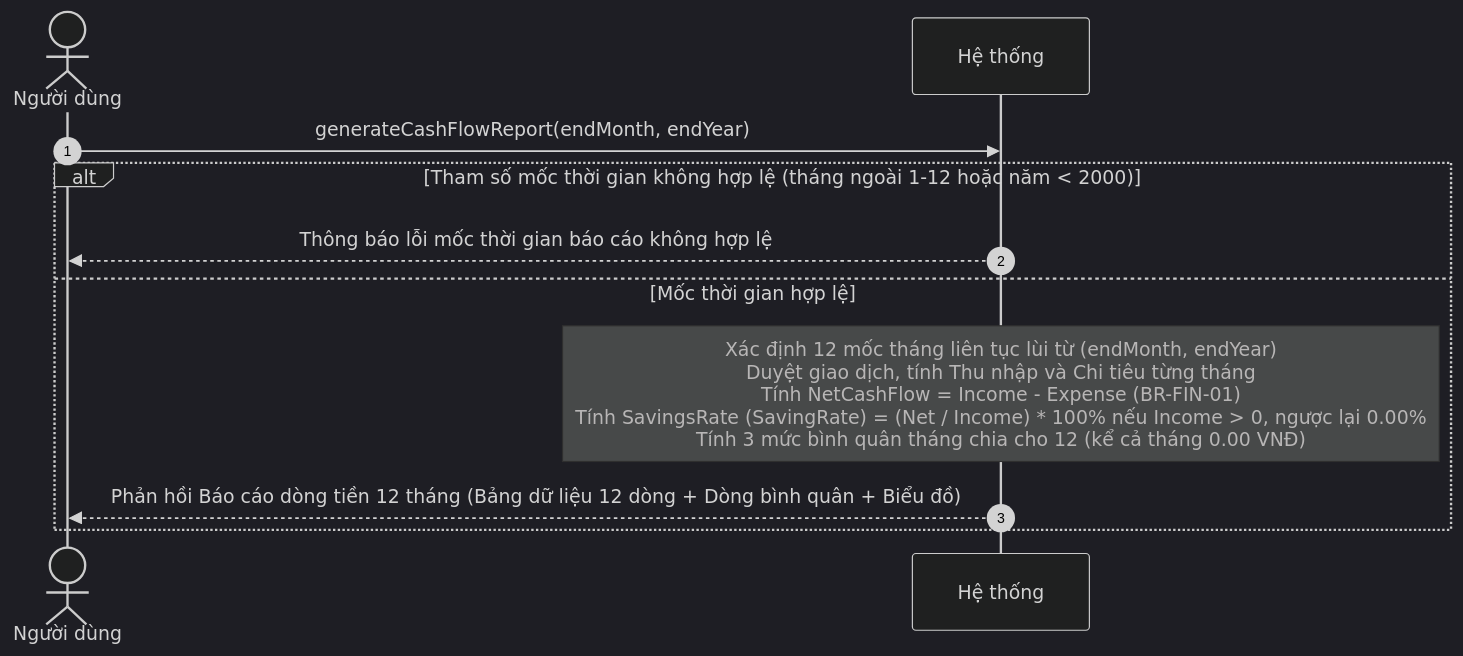
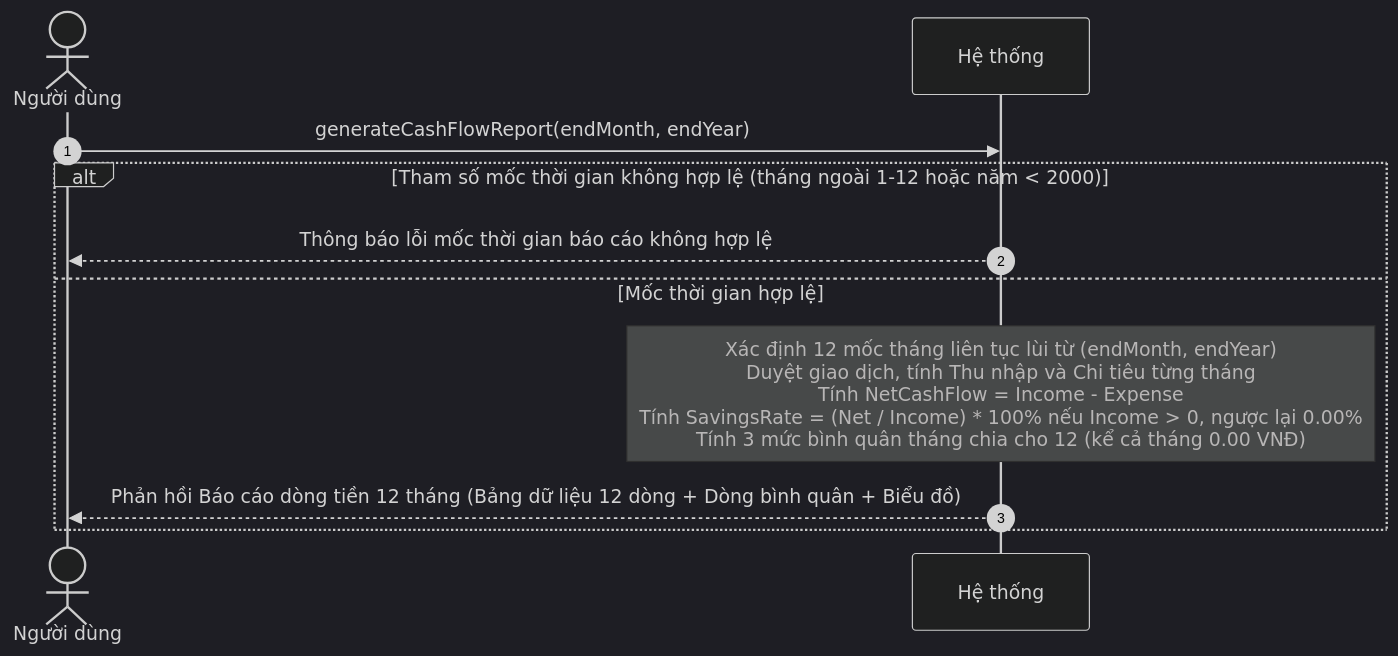
One commit to mynhleeh/pfms-oop changed the fifth of 9 diagrams in docs/object-oriented-analysis/03-so-do-tuan-tu-he-thong-ssd.md. Above: the diagram before and after it, drawn with Mermaid (dark theme). The commit also changed other lines of this file and 1 other file, not shown here.

````diff
--- a/docs/object-oriented-analysis/03-so-do-tuan-tu-he-thong-ssd.md
+++ b/docs/object-oriented-analysis/03-so-do-tuan-tu-he-thong-ssd.md
@@ -440,14 +440,14 @@
 ```mermaid
 sequenceDiagram
     autonumber
     actor User as Người dùng
     participant System as Hệ thống
 
     User->>System: generateCashFlowReport(endMonth, endYear)
     alt Tham số mốc thời gian không hợp lệ (tháng ngoài 1-12 hoặc năm < 2000)
         System-->>User: Thông báo lỗi mốc thời gian báo cáo không hợp lệ
     else Mốc thời gian hợp lệ
-        Note over System: Xác định 12 mốc tháng liên tục lùi từ (endMonth, endYear)<br/>Duyệt giao dịch, tính Thu nhập và Chi tiêu từng tháng<br/>Tính NetCashFlow = Income - Expense (BR-FIN-01)<br/>Tính SavingsRate (SavingRate) = (Net / Income) * 100% nếu Income > 0, ngược lại 0.00%<br/>Tính 3 mức bình quân tháng chia cho 12 (kể cả tháng 0.00 VNĐ)
+        Note over System: Xác định 12 mốc tháng liên tục lùi từ (endMonth, endYear)<br/>Duyệt giao dịch, tính Thu nhập và Chi tiêu từng tháng<br/>Tính NetCashFlow = Income - Expense<br/>Tính SavingsRate = (Net / Income) * 100% nếu Income > 0, ngược lại 0.00%<br/>Tính 3 mức bình quân tháng chia cho 12 (kể cả tháng 0.00 VNĐ)
         System-->>User: Phản hồi Báo cáo dòng tiền 12 tháng (Bảng dữ liệu 12 dòng + Dòng bình quân + Biểu đồ)
     end
 ```
````
